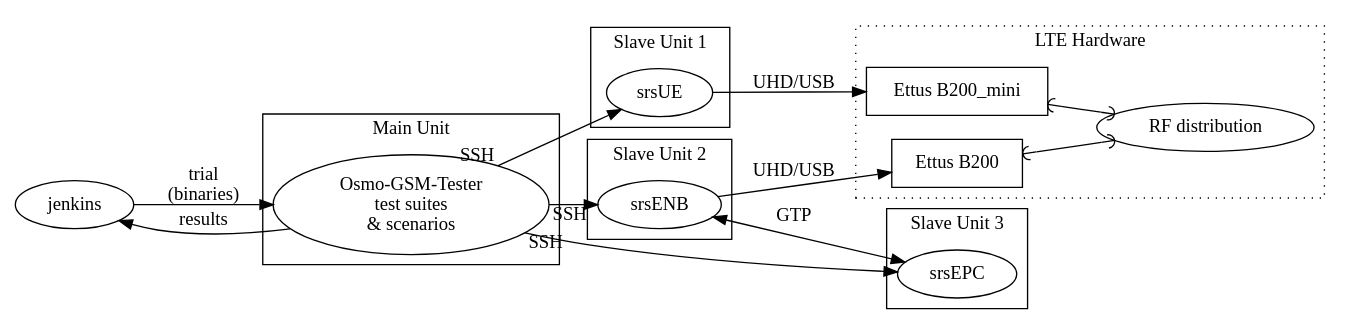
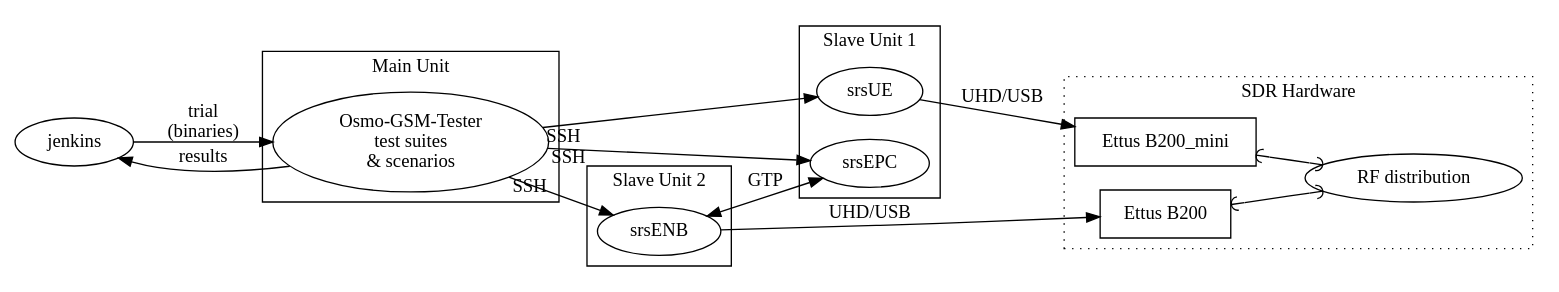
The diagram in chapters/intro.adoc (softwareradiosystems/ogt_user_manual), drawn with Graphviz before and after one commit. The commit also changed other lines of this file and 3 other files, not shown here.

```diff
--- a/chapters/intro.adoc
+++ b/chapters/intro.adoc
@@ -47,44 +48,41 @@
 [graphviz]
 ----
 digraph G {
 	rankdir=LR;
 	jenkins
-	subgraph cluster_lte_hardware {
-		label = "LTE Hardware";
+	subgraph cluster_sdr_hardware {
+		label = "SDR Hardware";
 		style=dotted
 
 		B200 [label="Ettus B200" shape=box]
 		B200_mini [label="Ettus B200_mini" shape=box]
 		rf_distribution [label="RF distribution"]
 
 		{B200 B200_mini}->rf_distribution [dir=both arrowhead="curve" arrowtail="curve"]
 	}
 	subgraph cluster_slave_unit1 {
 	  label = "Slave Unit 1"
 	  srsue [label="srsUE"]
+	  srsepc [label="srsEPC"]
 	}
 	subgraph cluster_slave_unit2 {
 	  label = "Slave Unit 2"
 	  srsenb [label="srsENB"]
-	}
-	subgraph cluster_slave_unit3 {
-	  label = "Slave Unit 3"
-	  srsepc [label="srsEPC"]
 	}
 	subgraph cluster_main_unit {
 	  label = "Main Unit"
 	  osmo_gsm_tester [label="Osmo-GSM-Tester\ntest suites\n& scenarios"]
 	  subgraph {
 		rank=same
 		srsepc [label="srsEPC"]
 	  }
 	}
 
 	jenkins->osmo_gsm_tester [label="trial\n(binaries)"]
 	osmo_gsm_tester->jenkins [label="results"]
 	osmo_gsm_tester->{srsue, srsenb, srsepc} [taillabel="SSH"]
 	srsenb->B200 [label="UHD/USB"]
 	srsue->B200_mini [label="UHD/USB"]
 	srsenb->srsepc [dir=both label="GTP"]
 }
 ----
```
